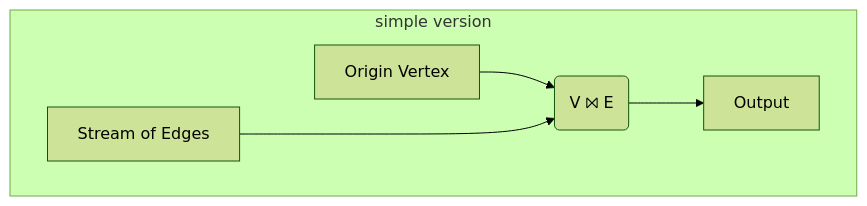
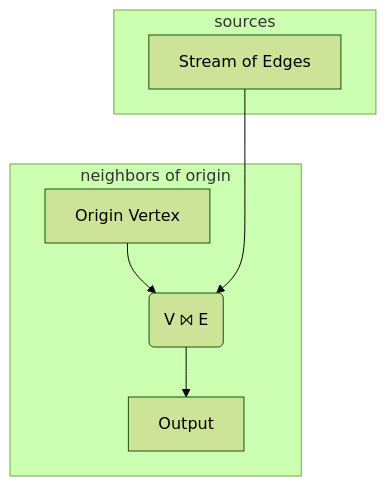
Before and after one commit to nickjiang2378/hydroflow: the first of 2 diagrams in book/example_4_surface.md, drawn with Mermaid (forest theme). The commit also changed other lines of this file and 16 other files, not shown here.

````diff
--- a/book/example_4_surface.md
+++ b/book/example_4_surface.md
@@ -24,16 +28,17 @@
 ```mermaid
 graph TD
-  subgraph simple version
+  subgraph sources
+    01[Stream of Edges]
+  end
+  subgraph neighbors of origin
     00[Origin Vertex]
-    01[Stream of Edges]
-    
     20("V ⨝ E")
     40[Output]
 
     00 --> 20
     
     01 ---> 20
     20 --> 40
     
   end
 ```
````
